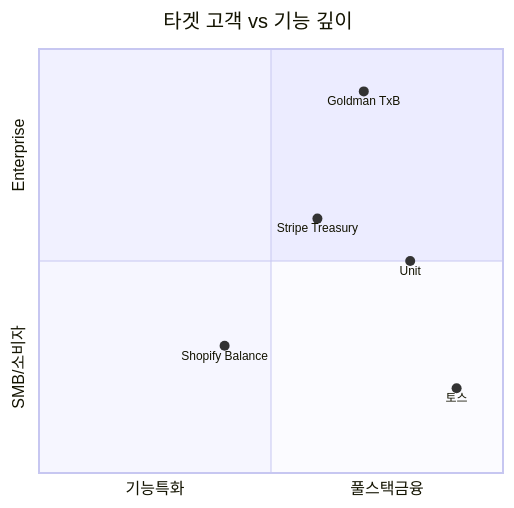
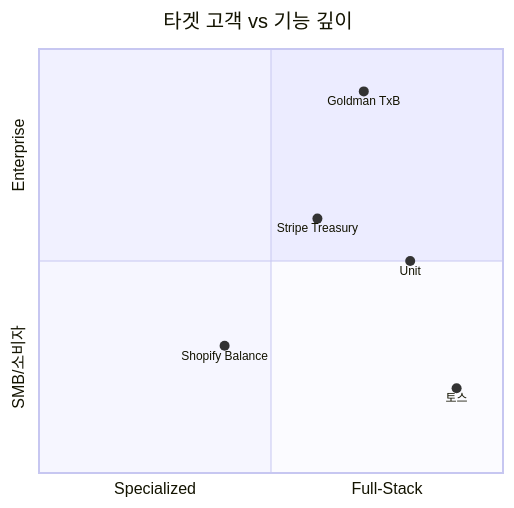
The diagram in docs/domains/embedded-finance/products/index.md (OkyoKwon/studyNresearch), drawn with Mermaid before and after one commit. The commit also changed 9 other files, not shown here.

````diff
--- a/docs/domains/embedded-finance/products/index.md
+++ b/docs/domains/embedded-finance/products/index.md
@@ -20,11 +20,11 @@
 ```mermaid
 quadrantChart
     title 타겟 고객 vs 기능 깊이
-    x-axis 기능특화 --> 풀스택금융
+    x-axis Specialized --> Full-Stack
     y-axis SMB/소비자 --> Enterprise
     Stripe Treasury: [0.6, 0.6]
     Shopify Balance: [0.4, 0.3]
     Unit: [0.8, 0.5]
     Goldman TxB: [0.7, 0.9]
     토스: [0.9, 0.2]
 ```
````
